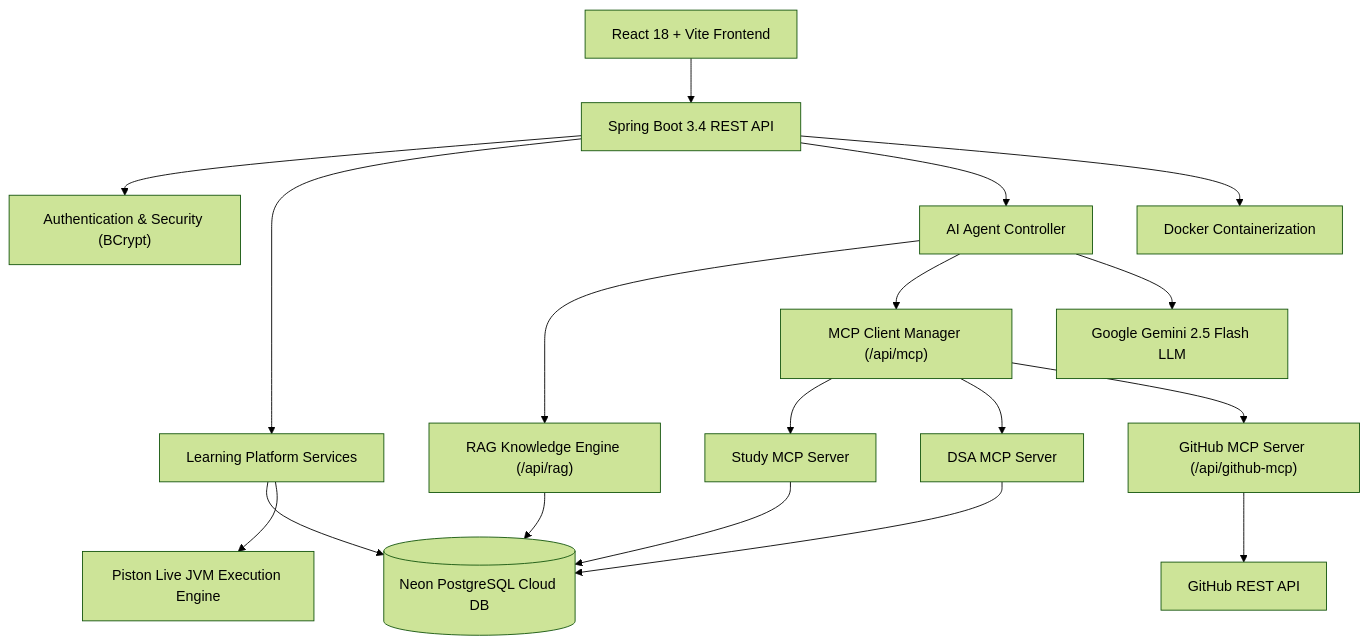
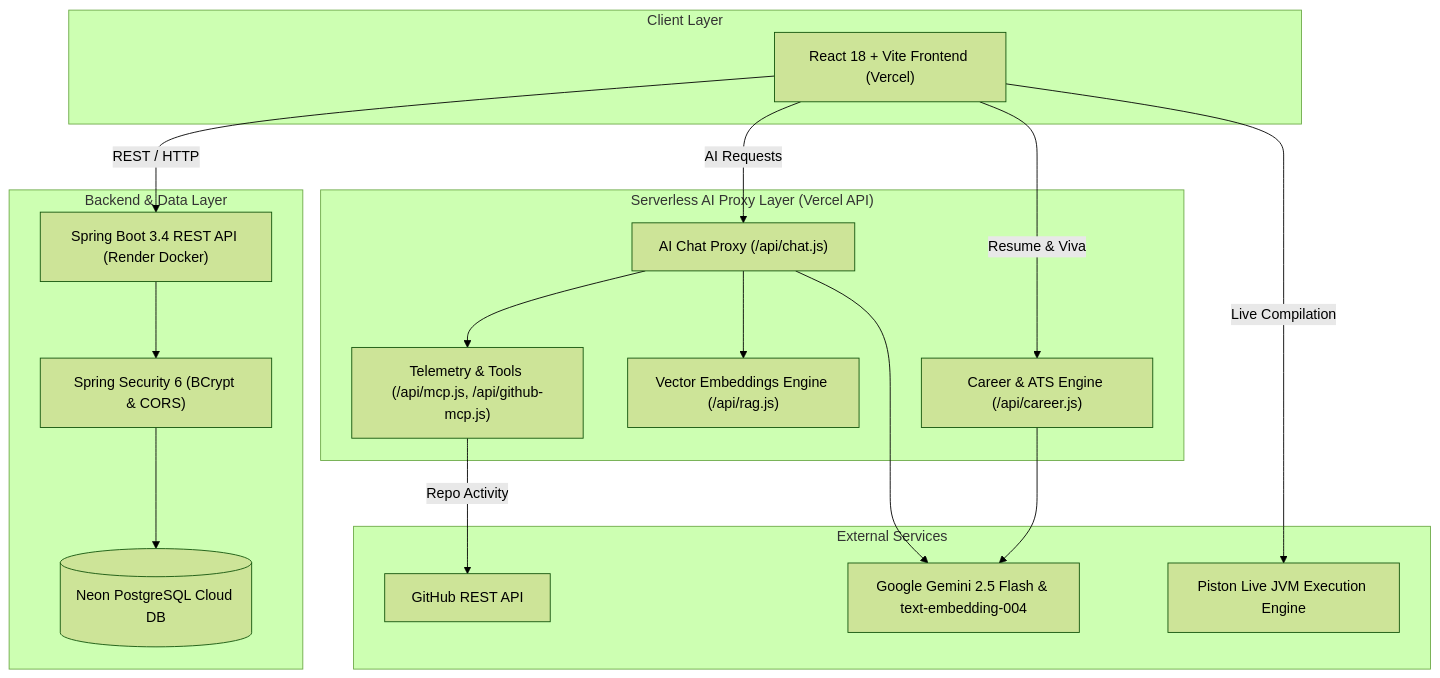
One commit to Satyamshiv0079/java-study-tracker changed the first of 2 diagrams in README.md. Above: the diagram before and after it, drawn with Mermaid (forest theme). The commit also changed other lines of this file, not shown here.

Commit message:
docs: update README.md with 100% genuine and accurate technical architecture documentation

````diff
--- a/README.md
+++ b/README.md
@@ -52,25 +47,39 @@
 ```mermaid
 flowchart TB
-    A["React 18 + Vite Frontend"] --> B["Spring Boot 3.4 REST API"]
-    B --> C["Authentication & Security (BCrypt)"]
-    B --> D["Learning Platform Services"]
-    B --> E["AI Agent Controller"]
-    
-    D --> F[("Neon PostgreSQL Cloud DB")]
-    
-    E --> H["RAG Knowledge Engine (/api/rag)"]
-    E --> I["MCP Client Manager (/api/mcp)"]
-    
-    H --> F
-    I --> J["Study MCP Server"]
-    I --> K["DSA MCP Server"]
-    I --> L["GitHub MCP Server (/api/github-mcp)"]
-    
-    J --> F
-    K --> F
-    L --> M["GitHub REST API"]
-    
-    E --> N["Google Gemini 2.5 Flash LLM"]
-    D --> O["Piston Live JVM Execution Engine"]
-    B --> P["Docker Containerization"]
+    subgraph Client ["Client Layer"]
+        ReactApp["React 18 + Vite Frontend (Vercel)"]
+    end
+
+    subgraph Backend ["Backend & Data Layer"]
+        SpringBoot["Spring Boot 3.4 REST API (Render Docker)"]
+        SpringSec["Spring Security 6 (BCrypt & CORS)"]
+        Postgres[("Neon PostgreSQL Cloud DB")]
+    end
+
+    subgraph Serverless ["Serverless AI Proxy Layer (Vercel API)"]
+        ChatAPI["AI Chat Proxy (/api/chat.js)"]
+        CareerAPI["Career & ATS Engine (/api/career.js)"]
+        EmbedAPI["Vector Embeddings Engine (/api/rag.js)"]
+        ToolAPI["Telemetry & Tools (/api/mcp.js, /api/github-mcp.js)"]
+    end
+
+    subgraph External ["External Services"]
+        Gemini["Google Gemini 2.5 Flash & text-embedding-004"]
+        Piston["Piston Live JVM Execution Engine"]
+        GitHubAPI["GitHub REST API"]
+    end
+
+    ReactApp -->|REST / HTTP| SpringBoot
+    SpringBoot --> SpringSec
+    SpringSec --> Postgres
+
+    ReactApp -->|AI Requests| ChatAPI
+    ReactApp -->|Resume & Viva| CareerAPI
+    ReactApp -->|Live Compilation| Piston
+
+    ChatAPI --> ToolAPI
+    ChatAPI --> EmbedAPI
+    ChatAPI --> Gemini
+    CareerAPI --> Gemini
+    ToolAPI -->|Repo Activity| GitHubAPI
 ```
````
